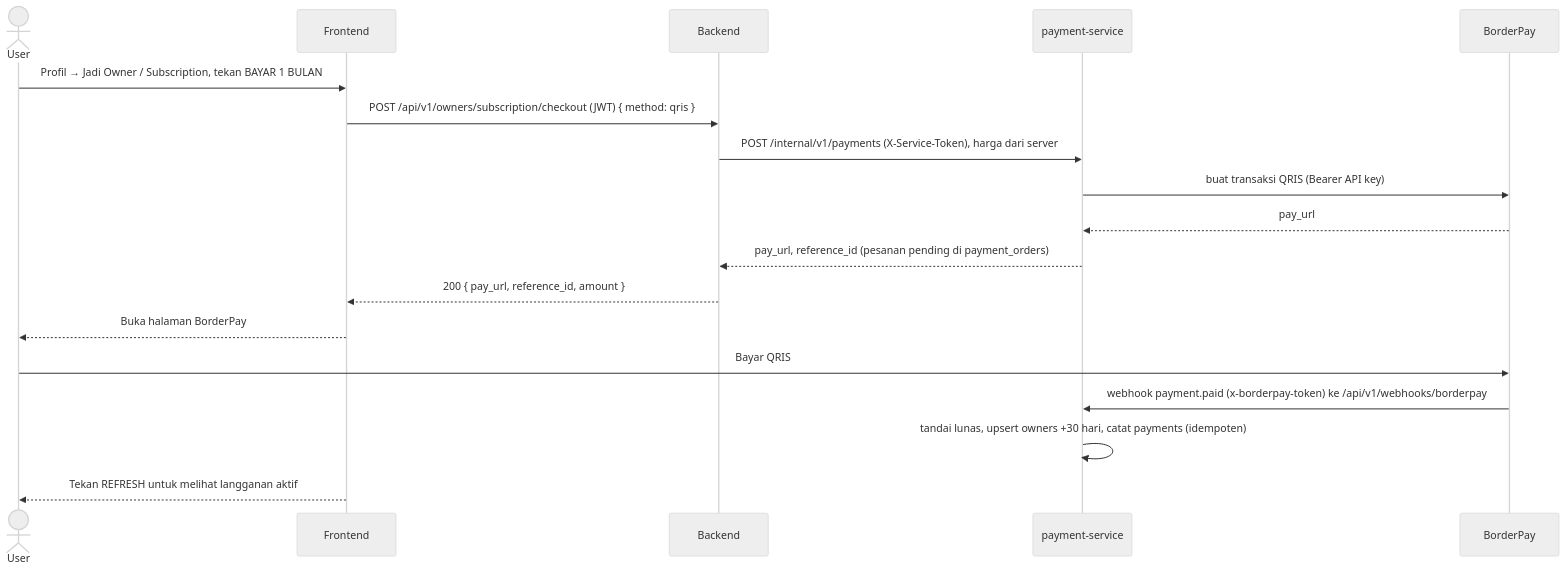
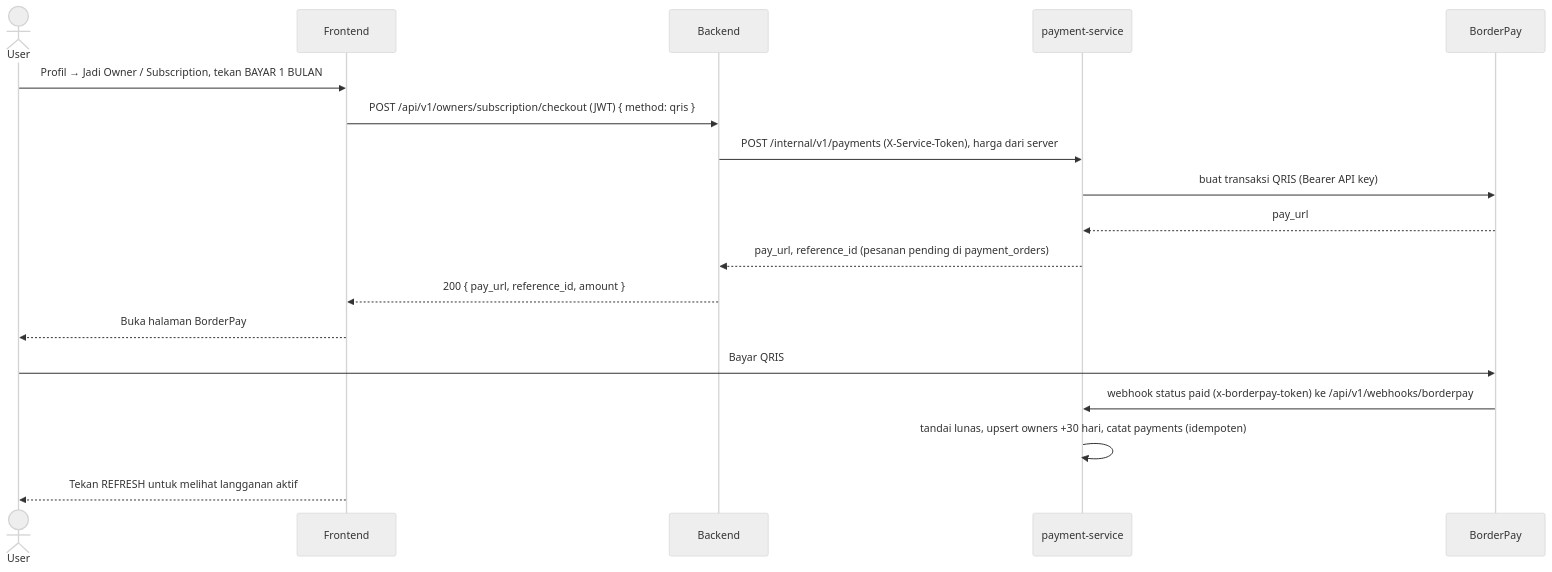
Before and after one commit to monte-christo-gilberd/Queue-Management-System: the fifth of 5 diagrams in docs/FLOW.md, drawn with Mermaid (neutral theme). The commit also changed other lines of this file and 152 other files, not shown here.

````diff
--- a/docs/FLOW.md
+++ b/docs/FLOW.md
@@ -203,20 +203,20 @@
 ```mermaid
 sequenceDiagram
     actor U as User
     participant FE as Frontend
     participant BE as Backend
     participant PS as payment-service
     participant BB as BorderPay
     U->>FE: Profil → Jadi Owner / Subscription, tekan BAYAR 1 BULAN
     FE->>BE: POST /api/v1/owners/subscription/checkout (JWT) { method: qris }
     BE->>PS: POST /internal/v1/payments (X-Service-Token), harga dari server
     PS->>BB: buat transaksi QRIS (Bearer API key)
     BB-->>PS: pay_url
     PS-->>BE: pay_url, reference_id (pesanan pending di payment_orders)
     BE-->>FE: 200 { pay_url, reference_id, amount }
     FE-->>U: Buka halaman BorderPay
     U->>BB: Bayar QRIS
-    BB->>PS: webhook payment.paid (x-borderpay-token) ke /api/v1/webhooks/borderpay
+    BB->>PS: webhook status paid (x-borderpay-token) ke /api/v1/webhooks/borderpay
     PS->>PS: tandai lunas, upsert owners +30 hari, catat payments (idempoten)
     FE-->>U: Tekan REFRESH untuk melihat langganan aktif
 ```
````
